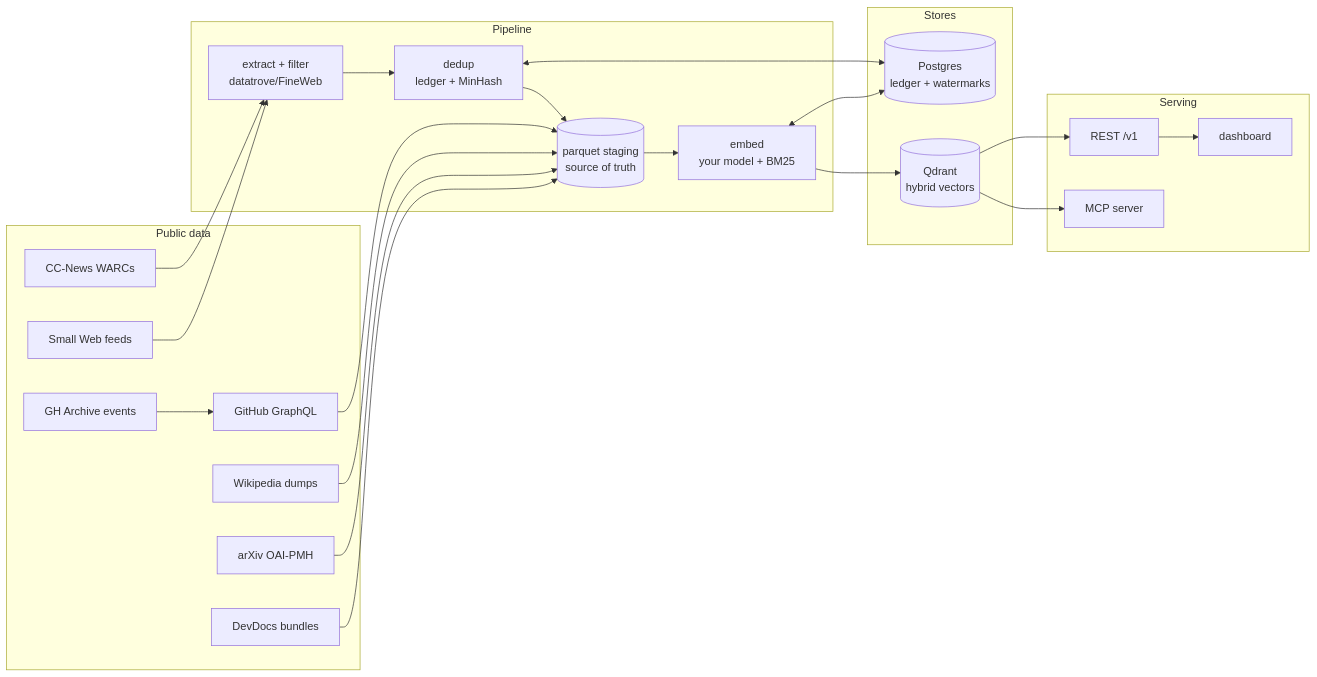
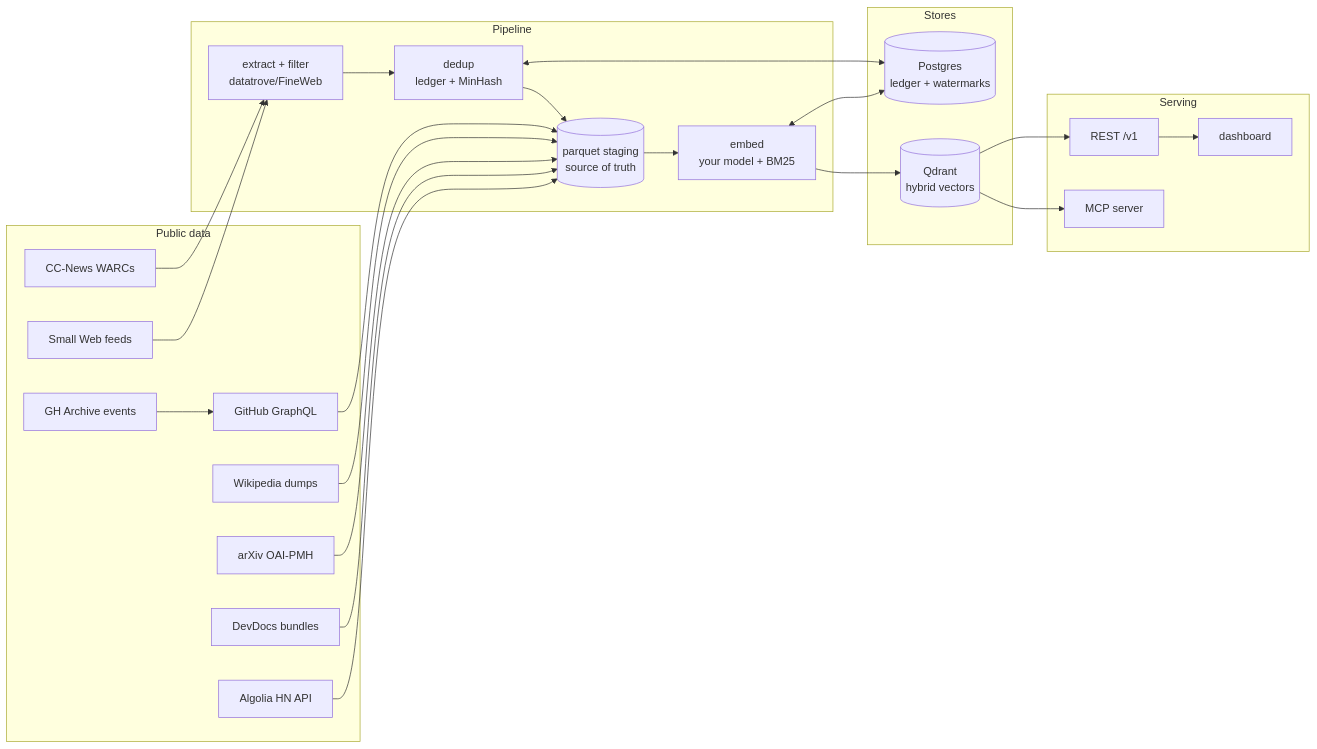
One commit to stevemurr/windex changed the diagram in README.md. Above: the diagram before and after it, drawn with Mermaid. The commit also changed other lines of this file and 21 other files, not shown here.

````diff
--- a/README.md
+++ b/README.md
@@ -75,37 +88,39 @@
 ```mermaid
 flowchart LR
     subgraph sources [Public data]
         CC[CC-News WARCs]
         GHA[GH Archive events]
         GH[GitHub GraphQL]
         WK[Wikipedia dumps]
         AX[arXiv OAI-PMH]
         SW[Small Web feeds]
         DV[DevDocs bundles]
+        HN[Algolia HN API]
     end
     subgraph pipeline [Pipeline]
         EX[extract + filter<br/>datatrove/FineWeb]
         DD[dedup<br/>ledger + MinHash]
         PQ[(parquet staging<br/>source of truth)]
         EM[embed<br/>your model + BM25]
     end
     subgraph stores [Stores]
         PG[(Postgres<br/>ledger + watermarks)]
         QD[(Qdrant<br/>hybrid vectors)]
     end
     subgraph serving [Serving]
         API[REST /v1]
         MCP[MCP server]
         DASH[dashboard]
     end
     CC --> EX --> DD --> PQ --> EM --> QD
     GHA --> GH --> PQ
     WK --> PQ
     AX --> PQ
     SW --> EX
     DV --> PQ
+    HN --> PQ
     DD <--> PG
     EM <--> PG
     QD --> API --> DASH
     QD --> MCP
 ```
````
